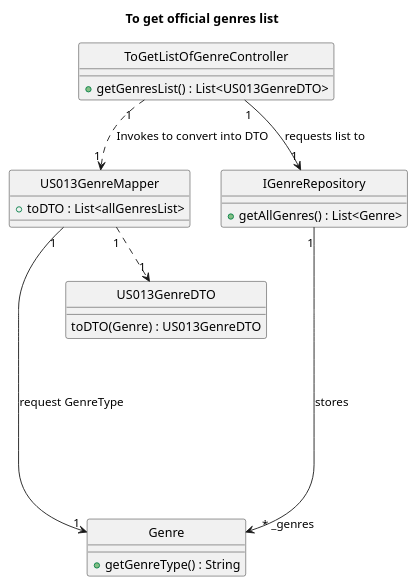
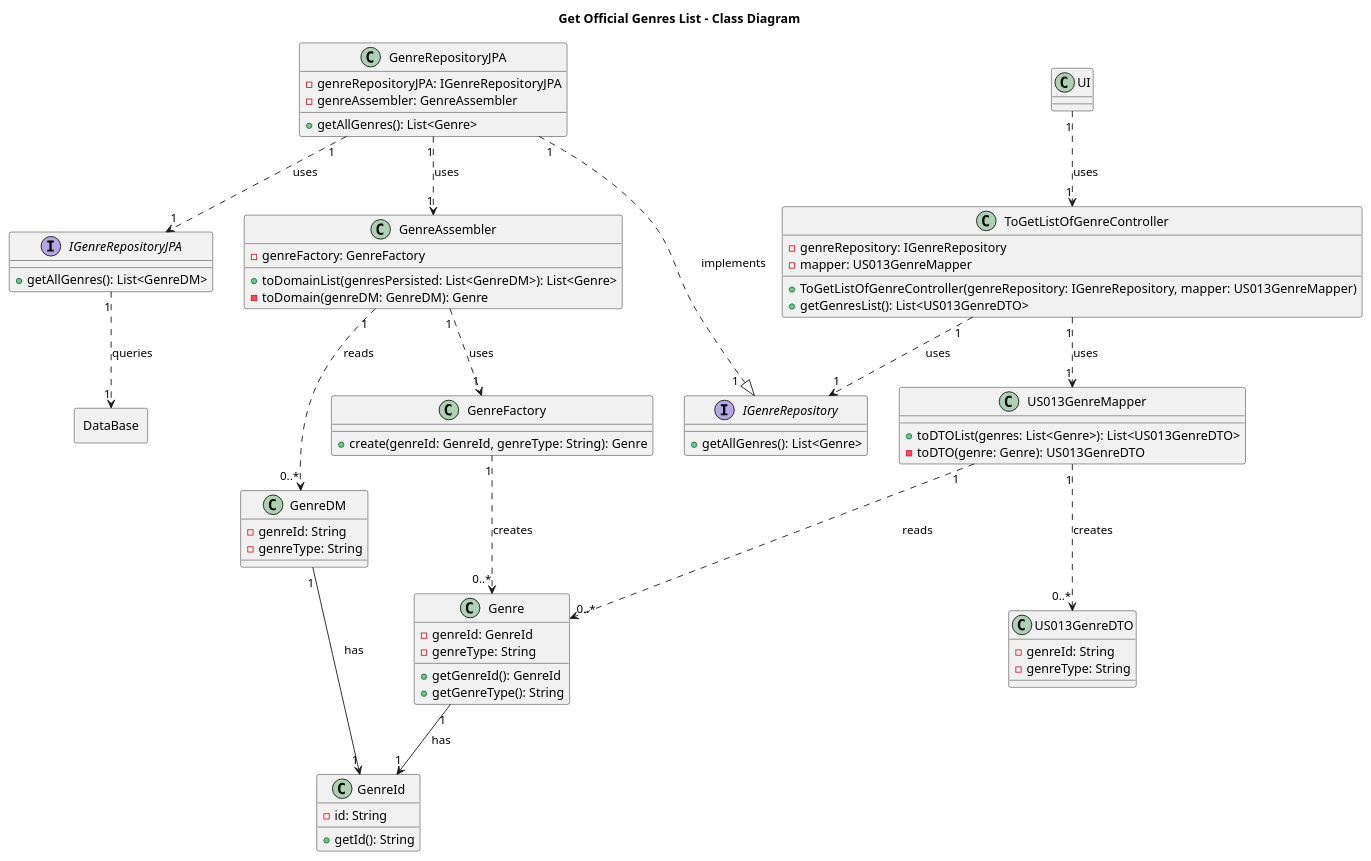
Before and after one commit to AndrePereiraGitH/SWitCH-Project-Team_A: the diagram in Diagrams/ClassDiagrams/To-get-official-genres-list.puml, drawn with PlantUML. The commit also changed 1 other file, not shown here.

Commit message:
docs(#692): introduce persistence layer in genre design( CD+SD)

```diff
--- a/Diagrams/ClassDiagrams/To-get-official-genres-list.puml
+++ b/Diagrams/ClassDiagrams/To-get-official-genres-list.puml
@@ -1,32 +1,95 @@
 @startuml
-hide circle
+title Get Official Genres List - Class Diagram
+top to bottom direction
+' ── UI Layer ───────────────────────────────────────────────
+class UI {
+}
 
-title To get official genres list
+' ── Application Layer ──────────────────────────────────────
+class ToGetListOfGenreController {
+    - genreRepository: IGenreRepository
+    - mapper: US013GenreMapper
+    + ToGetListOfGenreController(genreRepository: IGenreRepository, mapper: US013GenreMapper)
+    + getGenresList(): List<US013GenreDTO>
+}
 
-class ToGetListOfGenreController {
-  +getGenresList() : List<US013GenreDTO>
-}
-class US013GenreMapper{
-  +toDTO : List<allGenresList>
+class US013GenreMapper {
+    + toDTOList(genres: List<Genre>): List<US013GenreDTO>
+    - toDTO(genre: Genre): US013GenreDTO
 }
 
 class US013GenreDTO {
-toDTO(Genre) : US013GenreDTO
+    - genreId: String
+    - genreType: String
 }
 
-class IGenreRepository {
-  +getAllGenres() : List<Genre>
+' ── Domain Layer ───────────────────────────────────────────
+interface IGenreRepository {
+    + getAllGenres(): List<Genre>
 }
 
 class Genre {
-    +getGenreType() : String
+    - genreId: GenreId
+    - genreType: String
+    + getGenreId(): GenreId
+    + getGenreType(): String
 }
 
-' Interactions
-ToGetListOfGenreController "1"..> "1" US013GenreMapper : Invokes to convert into DTO
-US013GenreMapper "1" ..> "1" US013GenreDTO
-US013GenreMapper "1" -> "1" Genre : request GenreType
-ToGetListOfGenreController "1"--> "1" IGenreRepository : requests list to
-IGenreRepository "1"-----> "   * _genres" Genre : stores
+class GenreId {
+    - id: String
+    + getId(): String
+}
+
+class GenreFactory {
+    + create(genreId: GenreId, genreType: String): Genre
+}
+
+' ── Infrastructure Layer ───────────────────────────────────
+class GenreRepositoryJPA {
+    - genreRepositoryJPA: IGenreRepositoryJPA
+    - genreAssembler: GenreAssembler
+    + getAllGenres(): List<Genre>
+}
+
+interface IGenreRepositoryJPA {
+    + getAllGenres(): List<GenreDM>
+}
+
+class GenreAssembler {
+    - genreFactory: GenreFactory
+    + toDomainList(genresPersisted: List<GenreDM>): List<Genre>
+    - toDomain(genreDM: GenreDM): Genre
+}
+
+class GenreDM {
+    - genreId: String
+    - genreType: String
+}
+
+Rectangle DataBase {
+}
+
+' ── Relationships ──────────────────────────────────────────
+UI "1" ..> "1" ToGetListOfGenreController : uses
+
+ToGetListOfGenreController "1" ..> "1" IGenreRepository : uses
+ToGetListOfGenreController "1" ..> "1" US013GenreMapper : uses
+
+US013GenreMapper "1" ..> "0..*" Genre : reads
+US013GenreMapper "1" ..> "0..*" US013GenreDTO : creates
+
+GenreRepositoryJPA "1" ..|> "                                     1" IGenreRepository : implements
+GenreRepositoryJPA "1" ..> "1" IGenreRepositoryJPA : uses
+GenreRepositoryJPA "1" ..> "1" GenreAssembler : uses
+
+IGenreRepositoryJPA "1" ..> "1" DataBase : queries
+
+GenreAssembler "1" ..> "0..*" GenreDM : reads
+GenreAssembler "1" ..> "1" GenreFactory : uses
+
+GenreFactory "1" ..> "0..*" Genre : creates
+
+Genre "1" --> "1" GenreId : has
+GenreDM "1" --> "1" GenreId : has
 
 @enduml
```
